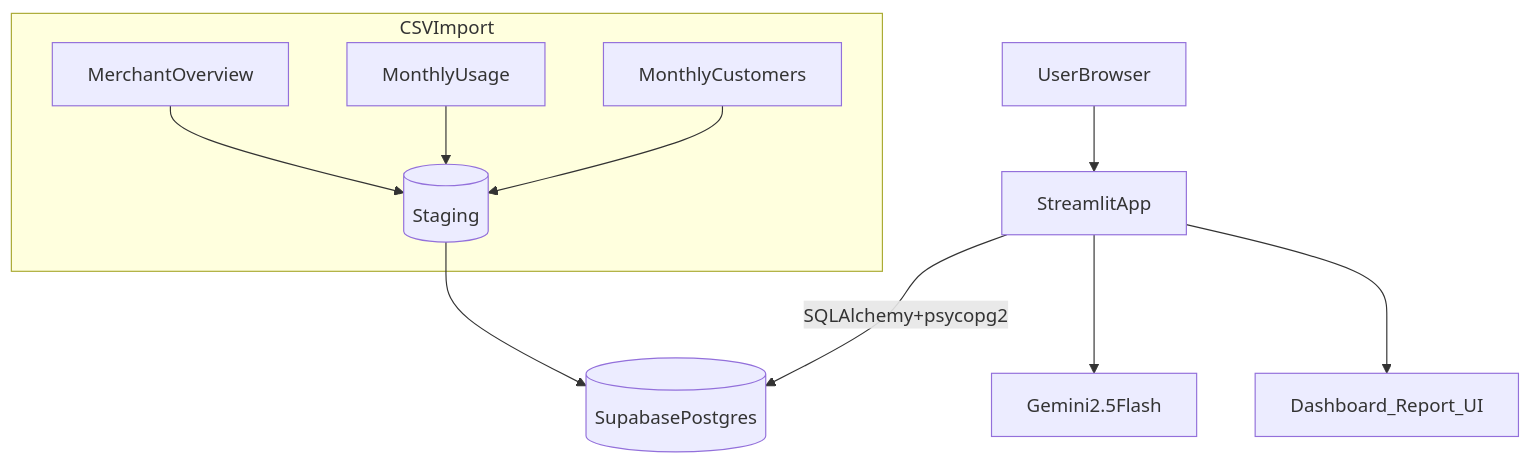
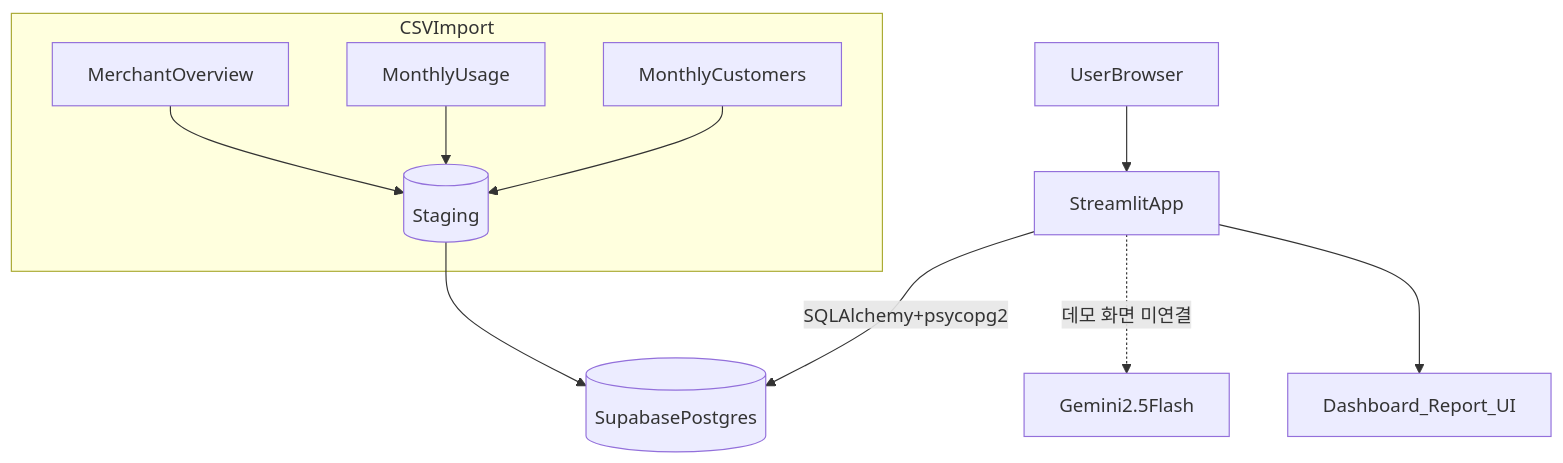
One commit to Leeminseo0718/AI-review-sales-advisor changed the diagram in README.md. Above: the diagram before and after it, drawn with Mermaid. The commit also changed other lines of this file and 7 other files, not shown here.

````diff
--- a/README.md
+++ b/README.md
@@ -22,13 +21,13 @@
 ```mermaid
 flowchart TD
   U[UserBrowser] --> W[StreamlitApp]
   W -->|SQLAlchemy+psycopg2| DB[(SupabasePostgres)]
-  W --> LLM[Gemini2.5Flash]
+  W -.->|데모 화면 미연결| LLM[Gemini2.5Flash]
   subgraph Data_Load[CSVImport]
     CSV1[MerchantOverview] --> ST[(Staging)]
     CSV2[MonthlyUsage] --> ST
     CSV3[MonthlyCustomers] --> ST
   end
   ST --> DB
   W --> REP[Dashboard_Report_UI]
 ```
````
